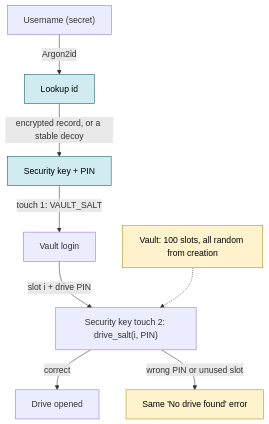
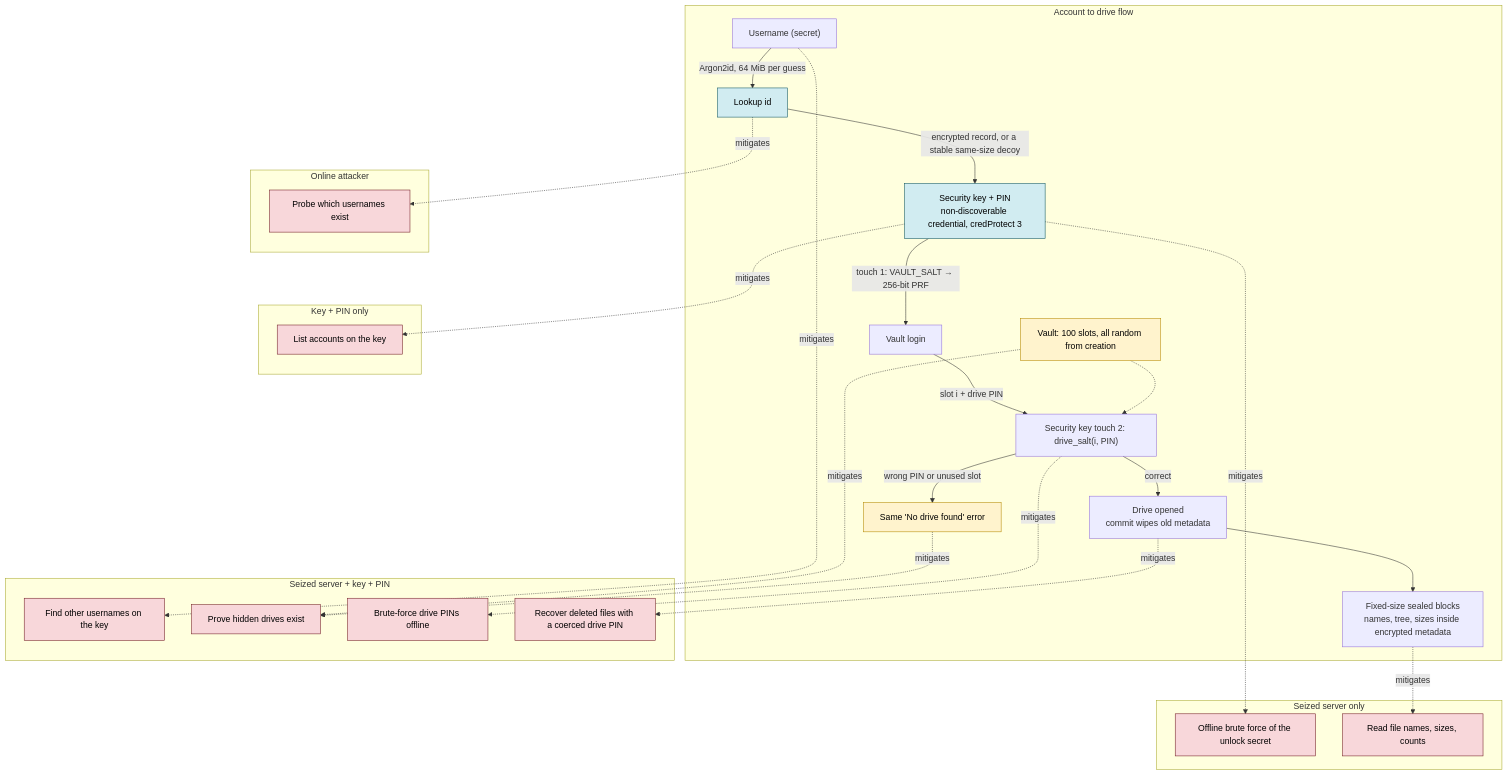
Before and after one commit to CodeXTF2/strongbox: the diagram in README.md, drawn with Mermaid. The commit also changed other lines of this file, not shown here.

Commit message:
docs(readme): map design choices to the threats they mitigate

````diff
--- a/README.md
+++ b/README.md
@@ -48,15 +49,47 @@
 ```mermaid
 flowchart TD
-  U["Username (secret)"] -->|"Argon2id"| L["Lookup id"]
-  L -->|"encrypted record, or a stable decoy"| K["Security key + PIN"]
-  K -->|"touch 1: VAULT_SALT"| V["Vault login"]
-  V -->|"slot i + drive PIN"| K2["Security key touch 2: drive_salt(i, PIN)"]
-  K2 -->|"correct"| O["Drive opened"]
-  K2 -->|"wrong PIN or unused slot"| N["Same 'No drive found' error"]
-  S["Vault: 100 slots, all random from creation"] -.-> K2
+  subgraph flow["Account to drive flow"]
+    U["Username (secret)"] -->|"Argon2id, 64 MiB per guess"| L["Lookup id"]
+    L -->|"encrypted record, or a stable same-size decoy"| K["Security key + PIN<br/>non-discoverable credential, credProtect 3"]
+    K -->|"touch 1: VAULT_SALT → 256-bit PRF"| V["Vault login"]
+    V -->|"slot i + drive PIN"| K2["Security key touch 2: drive_salt(i, PIN)"]
+    K2 -->|"correct"| O["Drive opened<br/>commit wipes old metadata"]
+    K2 -->|"wrong PIN or unused slot"| N["Same 'No drive found' error"]
+    S["Vault: 100 slots, all random from creation"] -.-> K2
+    O --> B["Fixed-size sealed blocks<br/>names, tree, sizes inside encrypted metadata"]
+  end
+
+  subgraph online["Online attacker"]
+    T1["Probe which usernames exist"]
+  end
+  subgraph seized["Seized server only"]
+    T2["Offline brute force of the unlock secret"]
+    T3["Read file names, sizes, counts"]
+  end
+  subgraph coerced["Seized server + key + PIN"]
+    T4["Find other usernames on the key"]
+    T5["Prove hidden drives exist"]
+    T6["Brute-force drive PINs offline"]
+    T7["Recover deleted files with a coerced drive PIN"]
+  end
+  subgraph keyonly["Key + PIN only"]
+    T8["List accounts on the key"]
+  end
+
+  L -.->|mitigates| T1
+  K -.->|mitigates| T2
+  B -.->|mitigates| T3
+  U -.->|mitigates| T4
+  S -.->|mitigates| T5
+  N -.->|mitigates| T5
+  K2 -.->|mitigates| T6
+  O -.->|mitigates| T7
+  K -.->|mitigates| T8
 
   classDef account fill:#d1ecf1,stroke:#0c5460,color:#000
   classDef vault fill:#fff3cd,stroke:#b58900,color:#000
+  classDef threat fill:#f8d7da,stroke:#721c24,color:#000
   class L,K account
   class N,S vault
+  class T1,T2,T3,T4,T5,T6,T7,T8 threat
 ```
````
